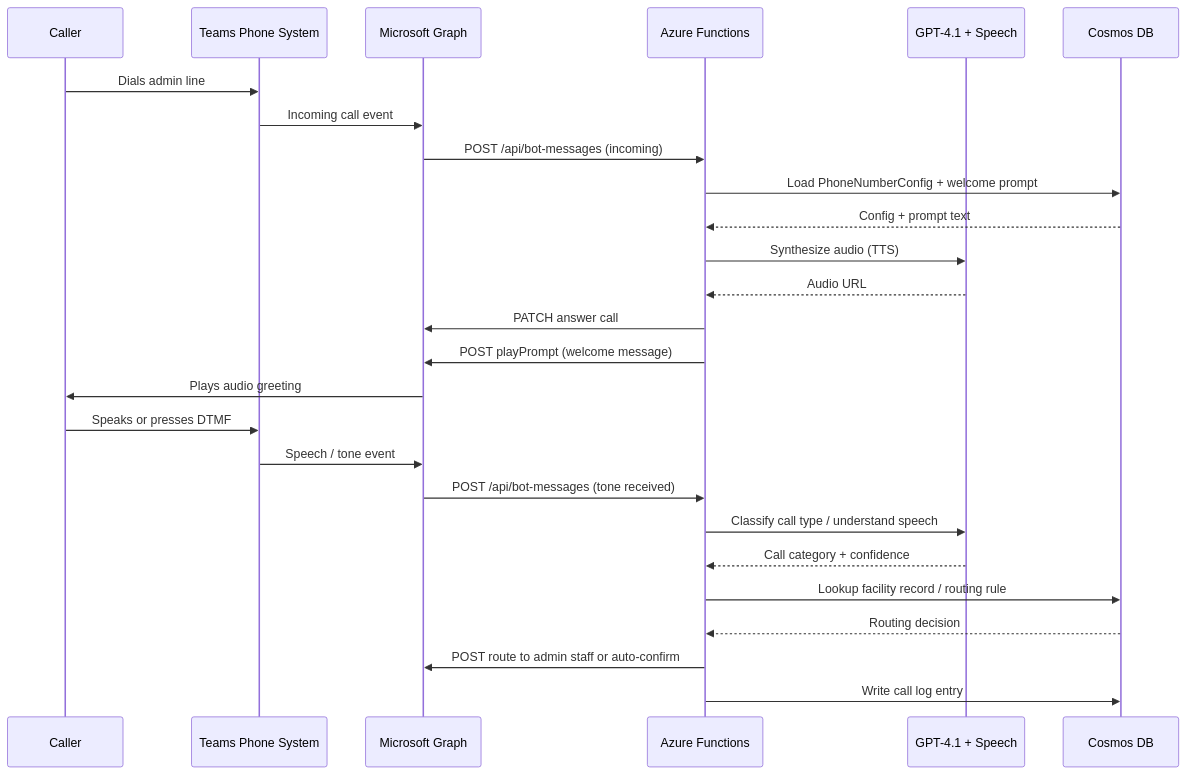
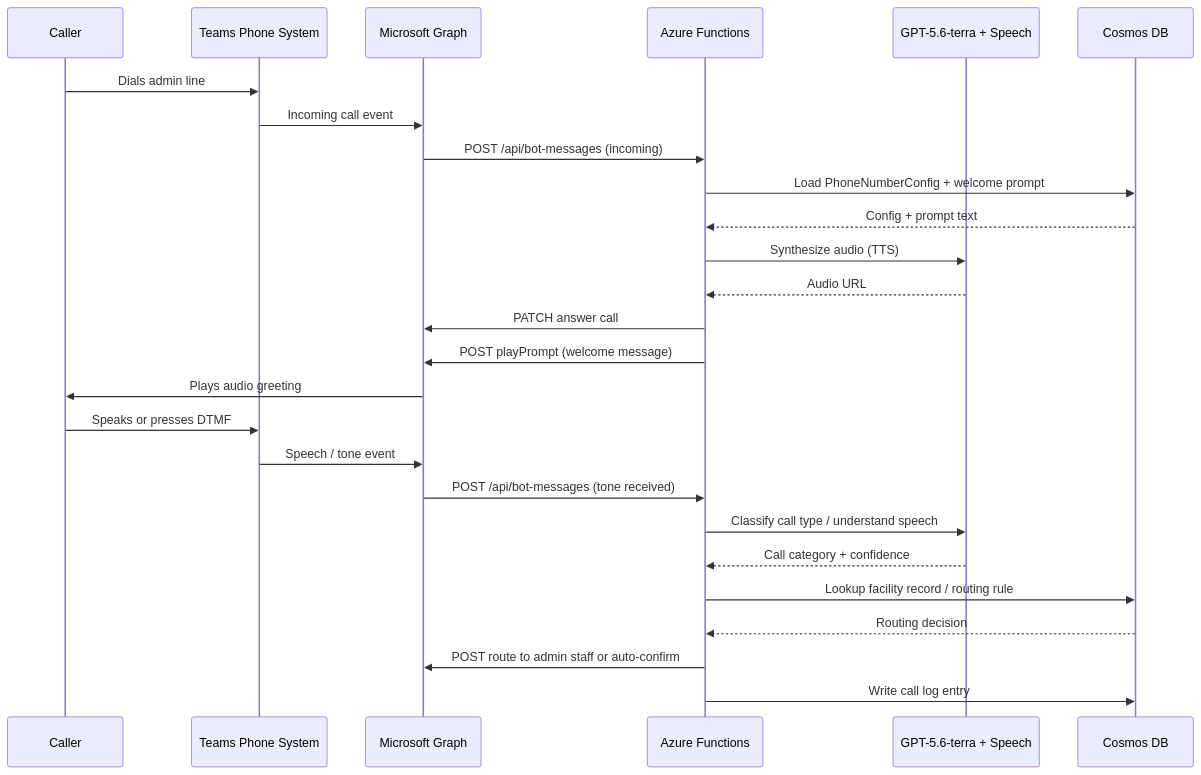
One commit to wtomaz808/e611-IVR changed the second of 6 diagrams in docs/AI-MCP-agentic-config.md. Above: the diagram before and after it, drawn with Mermaid. The commit also changed other lines of this file and 12 other files, not shown here.

````diff
--- a/docs/AI-MCP-agentic-config.md
+++ b/docs/AI-MCP-agentic-config.md
@@ -141,30 +141,30 @@
 ```mermaid
 sequenceDiagram
     participant Caller
     participant Teams as Teams Phone System
     participant Graph as Microsoft Graph
     participant Func as Azure Functions
-    participant AI as GPT-4.1 + Speech
+    participant AI as GPT-5.6-terra + Speech
     participant DB as Cosmos DB
 
     Caller->>Teams: Dials admin line
     Teams->>Graph: Incoming call event
     Graph->>Func: POST /api/bot-messages (incoming)
     Func->>DB: Load PhoneNumberConfig + welcome prompt
     DB-->>Func: Config + prompt text
     Func->>AI: Synthesize audio (TTS)
     AI-->>Func: Audio URL
     Func->>Graph: PATCH answer call
     Func->>Graph: POST playPrompt (welcome message)
     Graph->>Caller: Plays audio greeting
 
     Caller->>Teams: Speaks or presses DTMF
     Teams->>Graph: Speech / tone event
     Graph->>Func: POST /api/bot-messages (tone received)
     Func->>AI: Classify call type / understand speech
     AI-->>Func: Call category + confidence
     Func->>DB: Lookup facility record / routing rule
     DB-->>Func: Routing decision
     Func->>Graph: POST route to admin staff or auto-confirm
     Func->>DB: Write call log entry
 ```
````
